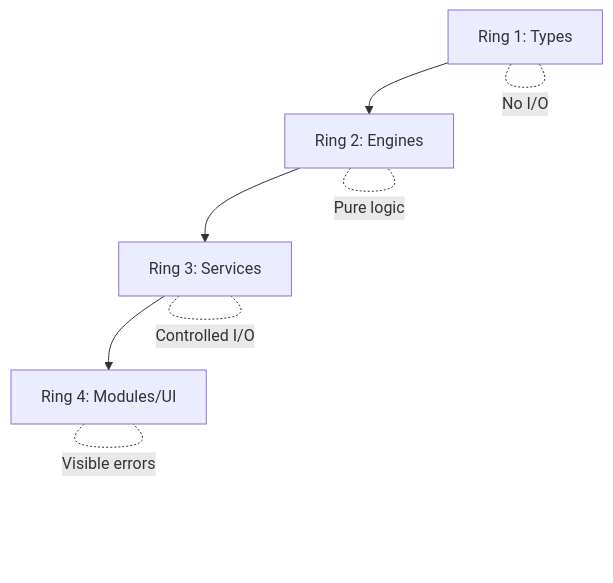
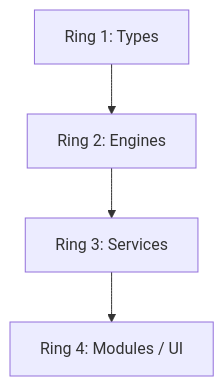
One commit to KallokTherok1994/TITANE_INFINITY changed the diagram in docs/diagrams/rendered/architecture_4_ring.md. Above: the diagram before and after it, drawn with Mermaid. The commit also changed 28 other files, not shown here.

Commit message:
docs(mermaid): canon diagrams + render sync + guards (online-first)

````diff
--- a/docs/diagrams/rendered/architecture_4_ring.md
+++ b/docs/diagrams/rendered/architecture_4_ring.md
@@ -12,16 +12,6 @@
 ```mermaid
 flowchart TD
-    R1[Ring 1: Types]
-    R2[Ring 2: Engines]
-    R3[Ring 3: Services]
-    R4[Ring 4: Modules/UI]
-
-    R1 --> R2
-    R2 --> R3
-    R3 --> R4
-
-    R1 -. No I/O .- R1
-    R2 -. Pure logic .- R2
-    R3 -. Controlled I/O .- R3
-    R4 -. Visible errors .- R4
+    R1[Ring 1: Types] --> R2[Ring 2: Engines]
+    R2 --> R3[Ring 3: Services]
+    R3 --> R4[Ring 4: Modules / UI]
 ```
````
